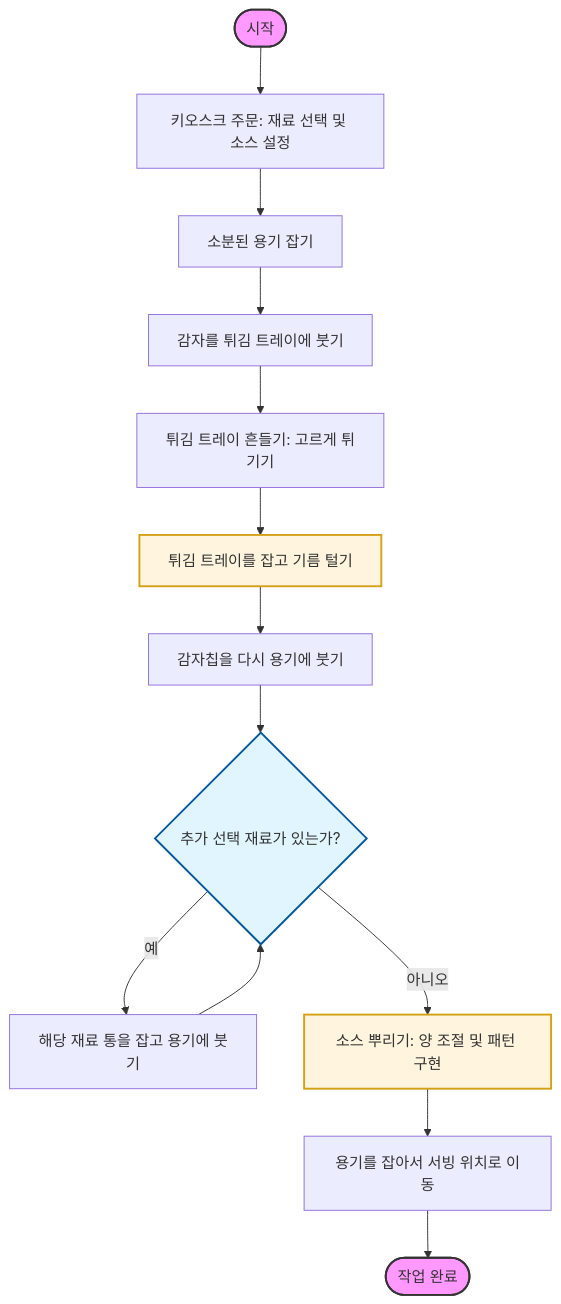
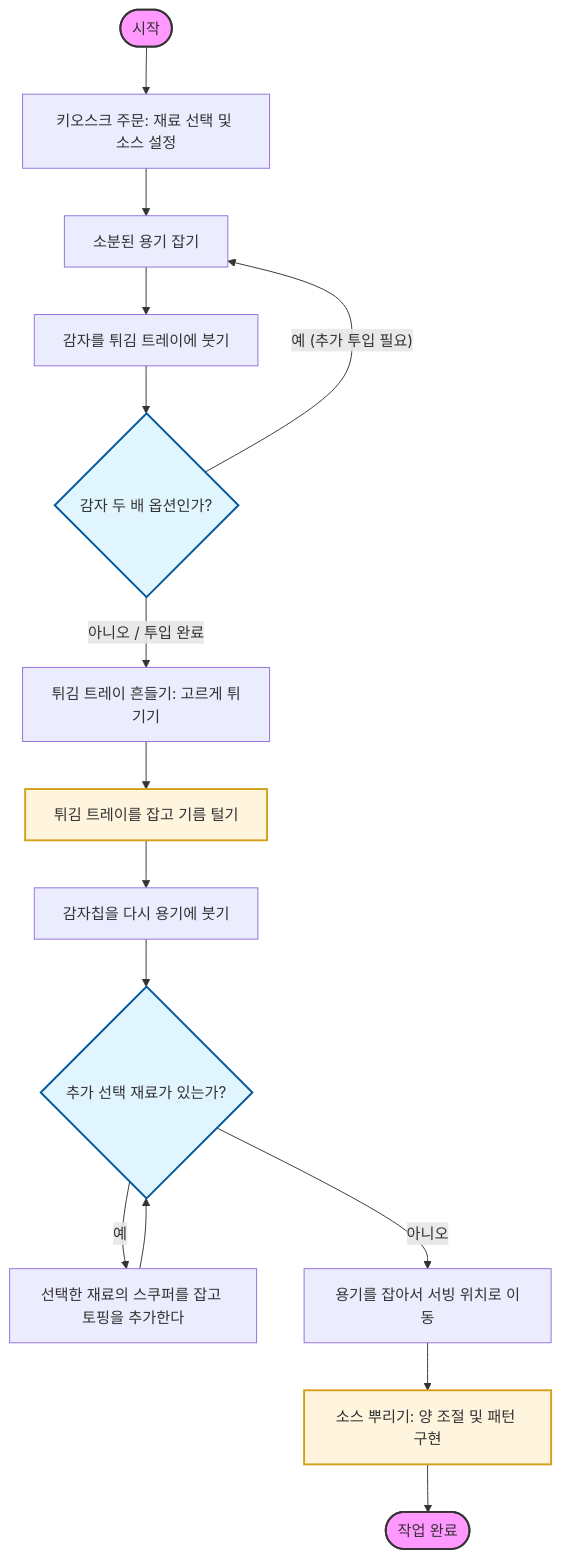
The diagram in README.md (winnercalvin/robotarm_ws), drawn with Mermaid before and after one commit. The commit also changed other lines of this file, not shown here.

````diff
--- a/README.md
+++ b/README.md
@@ -12,41 +12,48 @@
 ```mermaid
 graph TD
     %% 시작 및 주문 단계
     Start([시작]) --> Kiosk[키오스크 주문: 재료 선택 및 소스 설정]
     Kiosk --> GrabContainer[소분된 용기 잡기]
 
     %% 조리 단계
     GrabContainer --> PourPotato[감자를 튀김 트레이에 붓기]
-    PourPotato --> ShakeTray[튀김 트레이 흔들기: 고르게 튀기기]
+    
+    %% 감자 두 배 확인 루프 추가
+    PourPotato --> CheckDouble{감자 두 배 옵션인가?}
+    CheckDouble -- "예 (추가 투입 필요)" --> GrabContainer
+    CheckDouble -- "아니오 / 투입 완료" --> ShakeTray[튀김 트레이 흔들기: 고르게 튀기기]
     
     %% 조리 후 처리
     ShakeTray --> DrainOil[튀김 트레이를 잡고 기름 털기]
     DrainOil --> PourToContainer[감자칩을 다시 용기에 붓기]
 
-    %% 추가 재료 확인 루프
+    %% 추가 재료 확인 루프 (텍스트 수정됨)
     PourToContainer --> CheckExtra{추가 선택 재료가 있는가?}
-    CheckExtra -- "예" --> GrabExtra[해당 재료 통을 잡고 용기에 붓기]
+    CheckExtra -- "예" --> GrabExtra[선택한 재료의 스쿠퍼를 잡고 토핑을 추가한다]
     GrabExtra --> CheckExtra
-    CheckExtra -- "아니오" --> DrizzleSource[소스 뿌리기: 양 조절 및 패턴 구현]
+    
+    %% 서빙 후 소스 뿌리기
+    CheckExtra -- "아니오" --> Serving[용기를 잡아서 서빙 위치로 이동]
 
     %% 마무리
-    DrizzleSource --> Serving[용기를 잡아서 서빙 위치로 이동]
-    Serving --> End([작업 완료])
+    Serving --> DrizzleSource[소스 뿌리기: 양 조절 및 패턴 구현]
+    DrizzleSource --> End([작업 완료])
 
-    %% 요청하신 스타일링 적용
+    %% 스타일링 적용
     style DrainOil fill:#fff4dd,stroke:#d4a017,stroke-width:2px
     style DrizzleSource fill:#fff4dd,stroke:#d4a017,stroke-width:2px
     style CheckExtra fill:#e1f5fe,stroke:#01579b,stroke-width:2px
+    style CheckDouble fill:#e1f5fe,stroke:#01579b,stroke-width:2px
     
     %% 기본 스타일링
     style Start fill:#f9f,stroke:#333,stroke-width:2px
     style End fill:#f9f,stroke:#333,stroke-width:2px
     
     %% 링크 설정
     click Kiosk "[https://www.notion.so/30cffad12169807e805afd087d8435c3?source=copy_link](https://www.notion.so/30cffad12169807e805afd087d8435c3?source=copy_link)" "kiosk"
     click GrabContainer "[https://www.notion.so/30dffad12169800ba40df3456e3fa4e8?source=copy_link](https://www.notion.so/30dffad12169800ba40df3456e3fa4e8?source=copy_link)"
     click PourPotato "[https://www.notion.so/311ffad121698087a3a7c8a90ac922f3?source=copy_link](https://www.notion.so/311ffad121698087a3a7c8a90ac922f3?source=copy_link)"
     click ShakeTray "[https://www.notion.so/311ffad1216980b19bfdcab6b99ec816?source=copy_link](https://www.notion.so/311ffad1216980b19bfdcab6b99ec816?source=copy_link)" "shake"
     click DrainOil "[https://www.notion.so/30cffad1216980b3aad8c5f9b16c4f7b?source=copy_link](https://www.notion.so/30cffad1216980b3aad8c5f9b16c4f7b?source=copy_link)" "drainoil"
     click DrizzleSource "[https://www.notion.so/30dffad121698026a843cc4f6843f982?source=copy_link](https://www.notion.so/30dffad121698026a843cc4f6843f982?source=copy_link)" "source"
 ```
````
